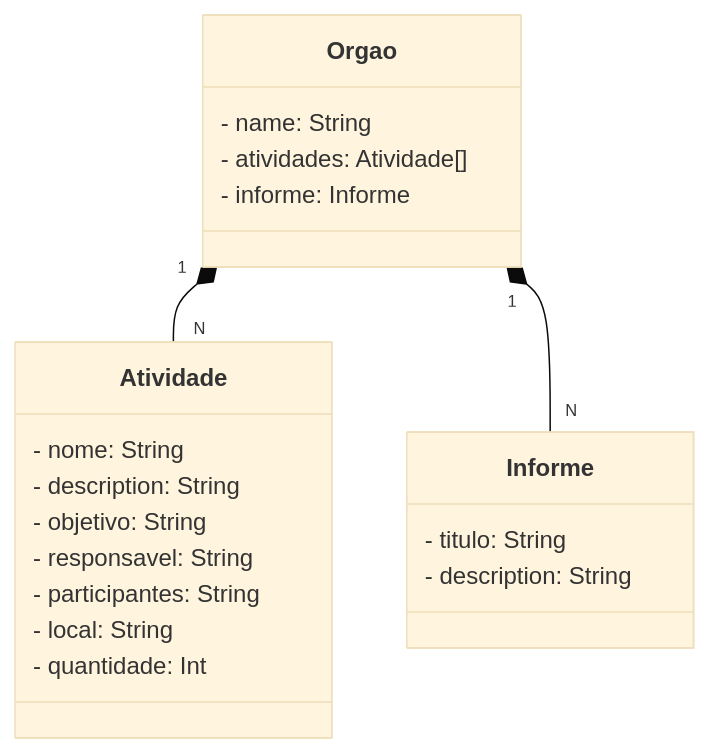
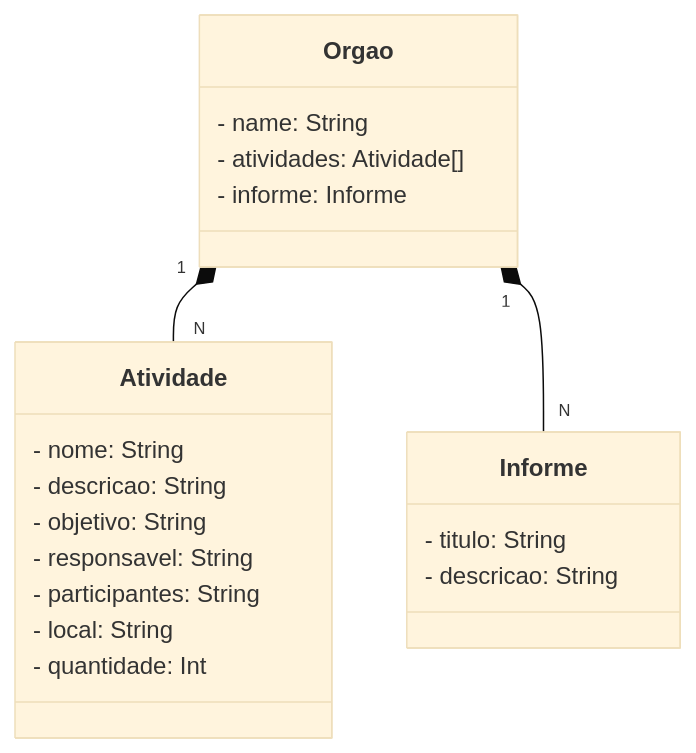
One commit to mawotedemelo/java-santander-2023-api changed the diagram in README.md. Above: the diagram before and after it, drawn with Mermaid (base theme).

````diff
--- a/README.md
+++ b/README.md
@@ -6,24 +6,24 @@
 ```mermaid
 classDiagram
   class Orgao {
     - name: String
     - atividades: Atividade[]
     - informe: Informe
   }
   class Atividade {
     - nome: String
-    - description: String
+    - descricao: String
     - objetivo: String
     - responsavel: String
     - participantes: String
     - local: String
     - quantidade: Int
   }
   class Informe {
     - titulo: String
-    - description: String
+    - descricao: String
   }
 
   Orgao "1" *-- "N" Atividade
   Orgao "1" *-- "N" Informe
 ```
````
